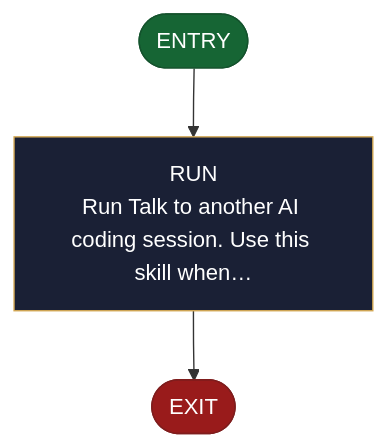
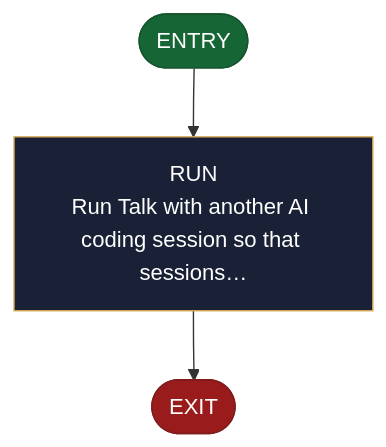
One commit to AndreVianna/aid-methodology changed the diagram in site/src/content/docs/skills/aid-chat.md. Above: the diagram before and after it, drawn with Mermaid. The commit also changed other lines of this file and 160 other files, not shown here.

First line of the commit message:
task-010: what/when skill descriptions and the doorway builder template

````diff
--- a/site/src/content/docs/skills/aid-chat.md
+++ b/site/src/content/docs/skills/aid-chat.md
@@ -22,20 +22,20 @@
 ```mermaid
 flowchart TB
   classDef aidNode color:#fff
   classDef aidEntry fill:#166534,stroke:#14532d,color:#fff
   classDef aidExit fill:#991b1b,stroke:#7f1d1d,color:#fff
   classDef aidDecision fill:#92400e,stroke:#78350f,color:#fff
   classDef aidLoopBack fill:#1e3a8a,stroke:#1e3a8a,color:#fff
   classDef aidStep fill:#1a2035,stroke:#d4a853,color:#f1f5f9
   n1(["ENTRY"])
-  n2["RUN<br/>Run Talk to another AI coding session. Use this skill when…"]
+  n2["RUN<br/>Run Talk with another AI coding session so that sessions…"]
   n3(["EXIT"])
   n1 --> n2
   n2 --> n3
   class n1 aidEntry
   class n2 aidStep
   class n3 aidExit
   class n1 aidNode
   class n2 aidNode
   class n3 aidNode
 ```
````
